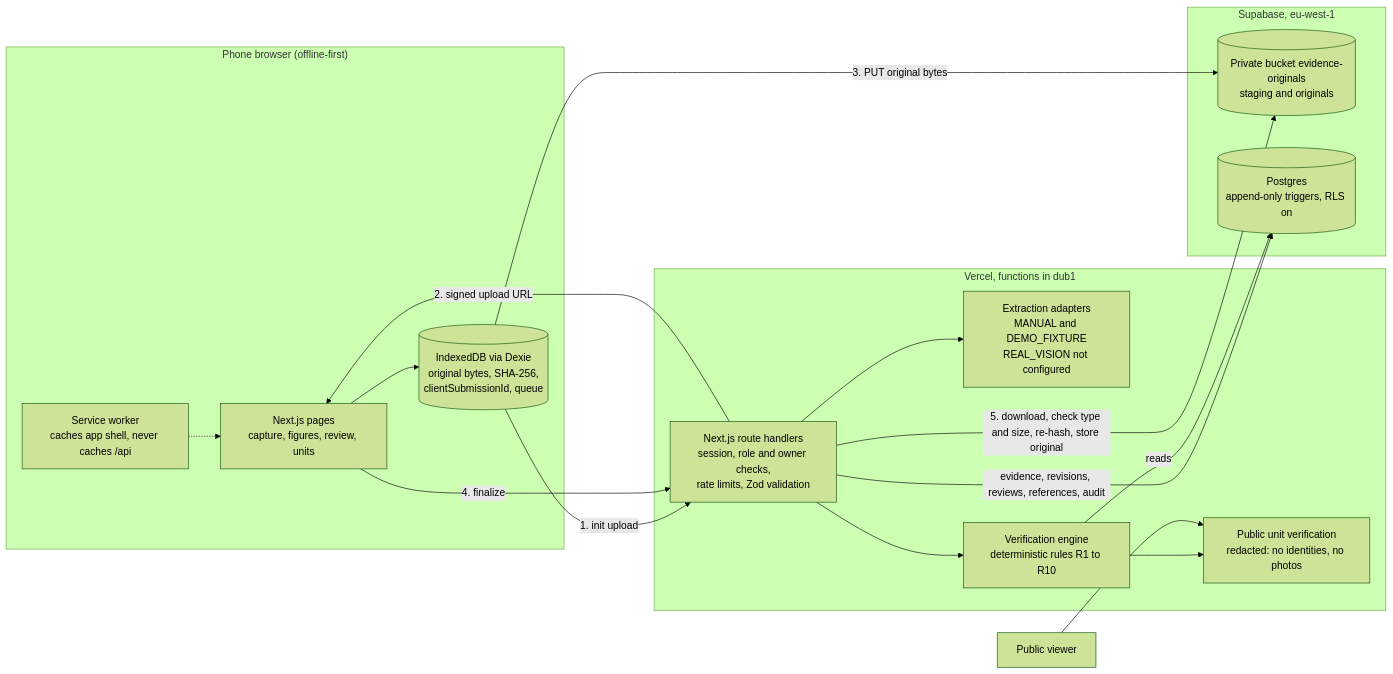
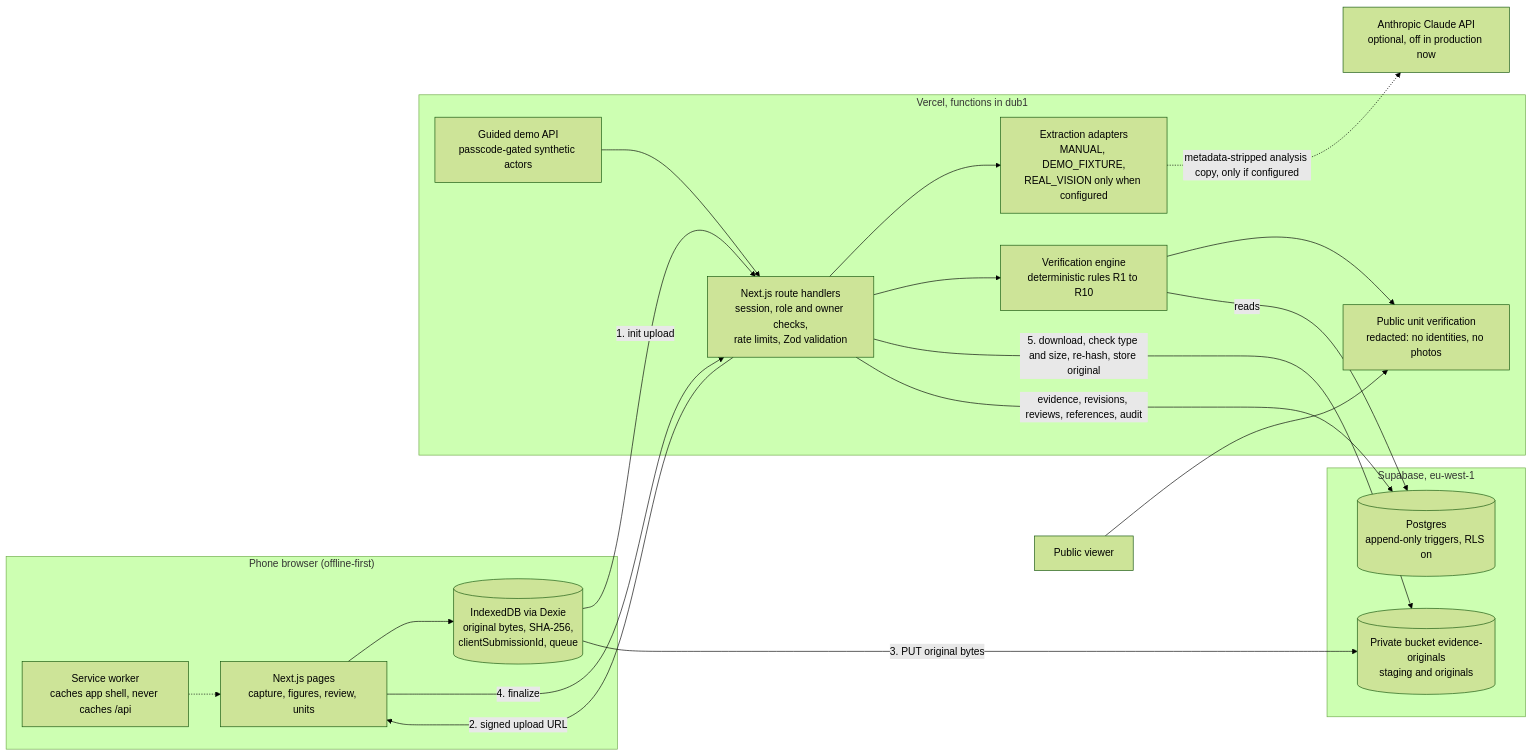
Before and after one commit to ktechfest2/TEAM-20-3.0: the diagram in README.md, drawn with Mermaid (forest theme). The commit also changed other lines of this file, not shown here.

Commit message:
docs: README covers live guided demo, AI extraction status and adversarial QA results

````diff
--- a/README.md
+++ b/README.md
@@ -87,34 +101,38 @@
 ```mermaid
 flowchart LR
   subgraph Phone["Phone browser (offline-first)"]
     UI["Next.js pages<br/>capture, figures, review, units"]
     SW["Service worker<br/>caches app shell, never caches /api"]
     IDB[("IndexedDB via Dexie<br/>original bytes, SHA-256,<br/>clientSubmissionId, queue")]
     UI --> IDB
     SW -.-> UI
   end
 
   subgraph Vercel["Vercel, functions in dub1"]
     API["Next.js route handlers<br/>session, role and owner checks,<br/>rate limits, Zod validation"]
-    EXT["Extraction adapters<br/>MANUAL and DEMO_FIXTURE<br/>REAL_VISION not configured"]
+    EXT["Extraction adapters<br/>MANUAL, DEMO_FIXTURE,<br/>REAL_VISION only when configured"]
+    DEMO["Guided demo API<br/>passcode-gated synthetic actors"]
+    DEMO --> API
     VER["Verification engine<br/>deterministic rules R1 to R10"]
     PUB["Public unit verification<br/>redacted: no identities, no photos"]
     API --> EXT
     API --> VER
     VER --> PUB
   end
 
   subgraph Supabase["Supabase, eu-west-1"]
     STG[("Private bucket evidence-originals<br/>staging and originals")]
     DB[("Postgres<br/>append-only triggers, RLS on")]
   end
 
   IDB -->|"1. init upload"| API
   API -->|"2. signed upload URL"| UI
   IDB -->|"3. PUT original bytes"| STG
   UI -->|"4. finalize"| API
   API -->|"5. download, check type and size, re-hash, store original"| STG
   API -->|"evidence, revisions, reviews, references, audit"| DB
   VER -->|"reads"| DB
   Viewer["Public viewer"] --> PUB
+  CLAUDE["Anthropic Claude API<br/>optional, off in production now"]
+  EXT -.->|"metadata-stripped analysis copy, only if configured"| CLAUDE
 ```
````
